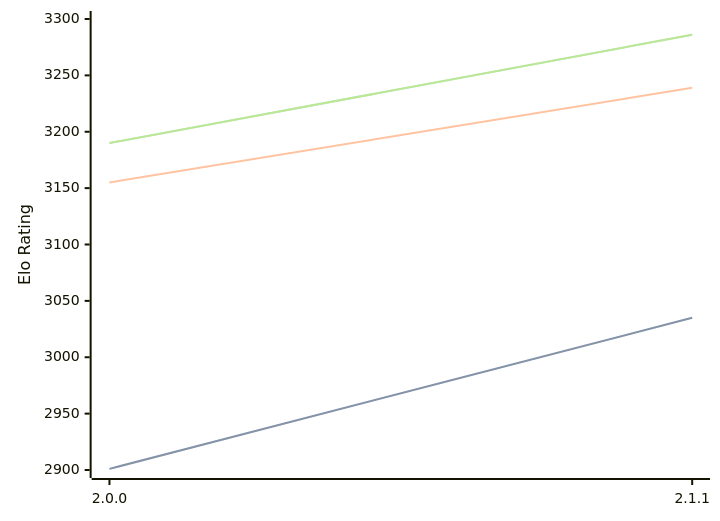
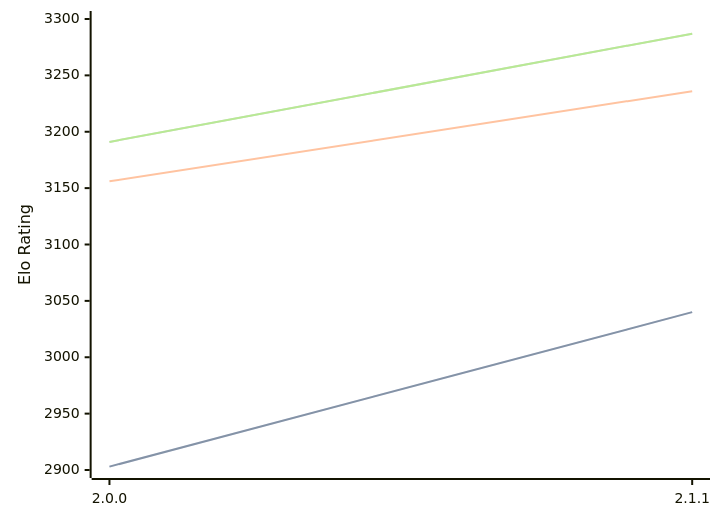
One commit to computer-chess-index/cci changed the diagram in engines/Bread.md. Above: the diagram before and after it, drawn with Mermaid. The commit also changed other lines of this file, not shown here.

Commit message:
Update CCI Ratings (ELO VLTC) - 2026-02-16

````diff
--- a/engines/Bread.md
+++ b/engines/Bread.md
@@ -47,11 +47,11 @@
 ```mermaid
 %%{init: {"theme":"base","themeVariables":{"seriesColors:['#a3a3a3','#222221','#faa371']}}}%%
 xychart-beta
   x-axis ["2.0.0", "2.1.1"]
   y-axis "Elo Rating" 2900 --> 3300
-  line "STC (8.0+0.08s)" [2901, 3035]
-  line "STC (8.0+0.08s)" [2901, 3035]
-  line "LTC (60.0+0.60s)" [3155, 3239]
-  line "VLTC (2m24s+1.12s)" [3190, 3286]
-  line "VLTC (2m24s+1.12s)" [3190, 3286]
+  line "STC (8.0+0.08s)" [2903, 3040]
+  line "STC (8.0+0.08s)" [2903, 3040]
+  line "LTC (60.0+0.60s)" [3156, 3236]
+  line "VLTC (2m24s+1.12s)" [3191, 3287]
+  line "VLTC (2m24s+1.12s)" [3191, 3287]
 ```
````
